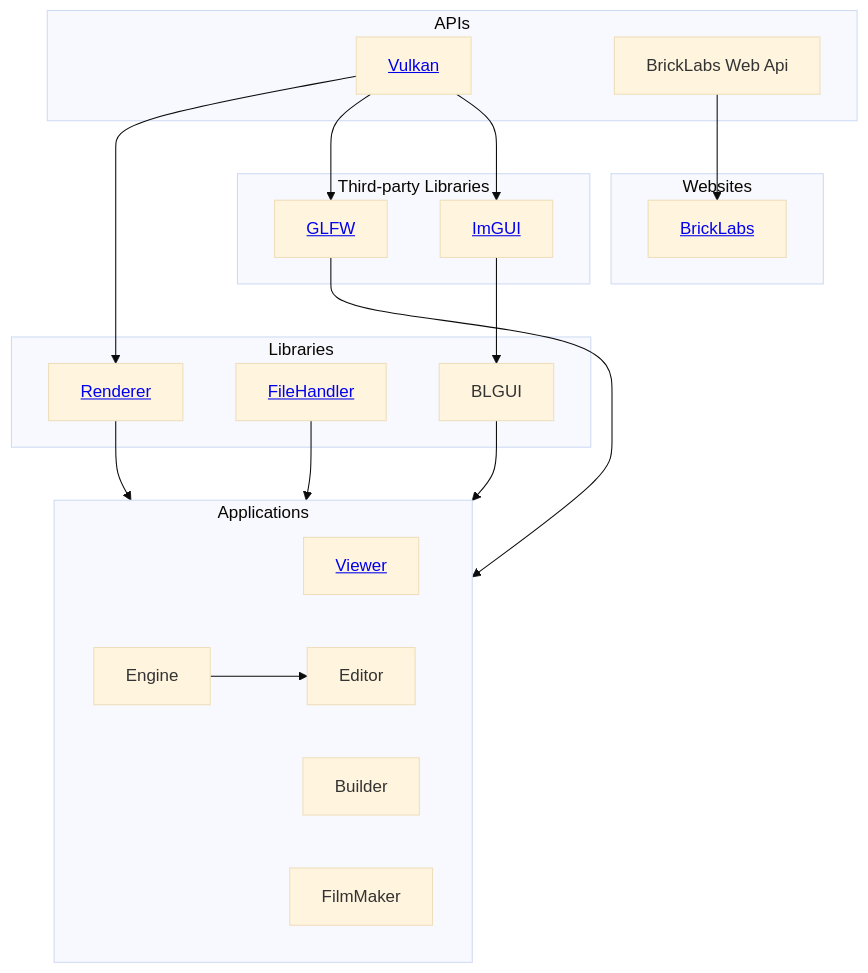
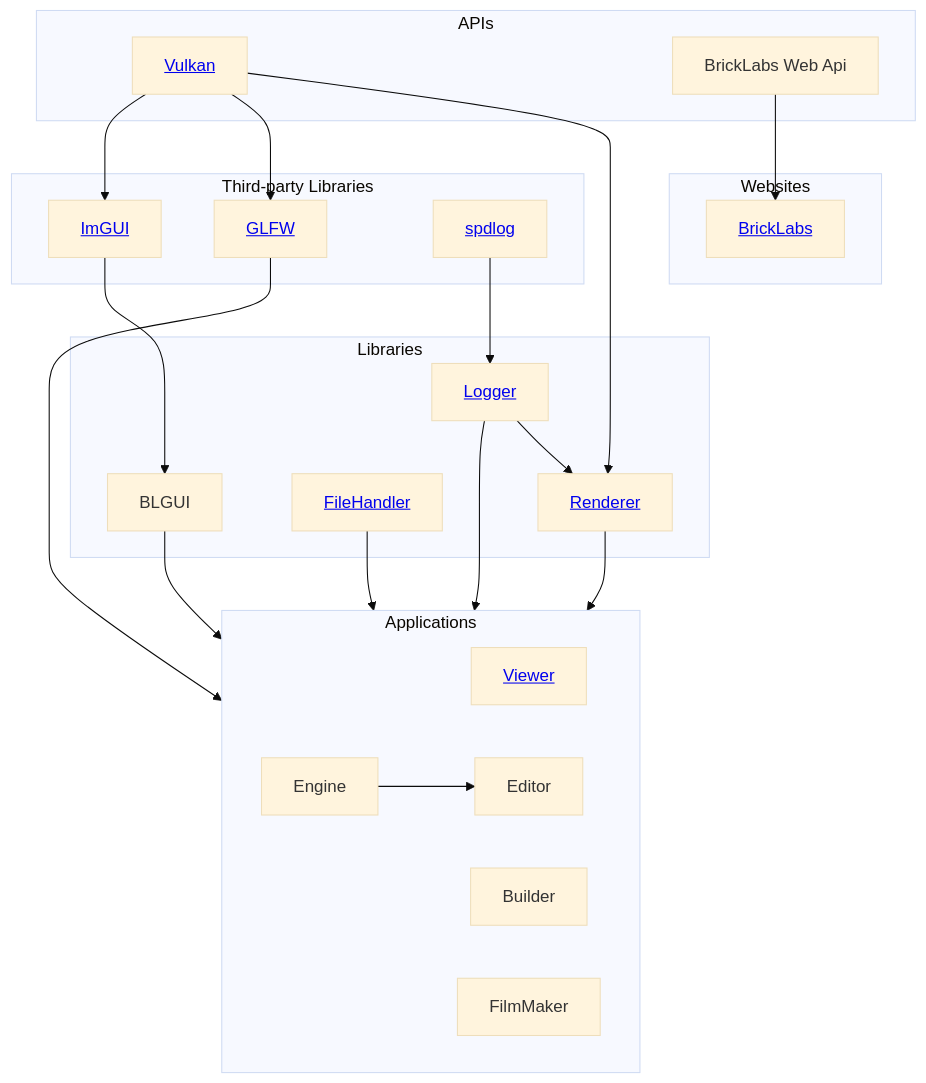
Before and after one commit to Brick-Labs/.github: the diagram in profile/README.md, drawn with Mermaid (base theme).

Commit message:
Add Logger to graph

````diff
--- a/profile/README.md
+++ b/profile/README.md
@@ -4,51 +4,56 @@
 ```mermaid
 graph TD
     
     subgraph APIs
         Vulkan[<a href="https://vulkan.org">Vulkan</a>]
         BLAPI[<span>BrickLabs Web Api</span>]
     end
 
     subgraph Third-party Libraries
         GLFW[<a href="https://www.glfw.org">GLFW</a>]
         ImGUI[<a href="https://github.com/ocornut/imgui">ImGUI</a>]
+        spdlog[<a href="https://github.com/gabime/spdlog">spdlog</a>]
     end
 
     subgraph Libraries
         Renderer[<a href="https://github.com/Brick-Labs/Renderer">Renderer</a>]
         FileHandler[<a href="https://github.com/Brick-Labs/FileHandler">FileHandler</a>]
+        Logger[<a href="https://github.com/Brick-Labs/Logger">Logger</a>]
         BLGUI
     end
 
     subgraph Applications
         Viewer[<a href="https://github.com/Brick-Labs/Viewer">Viewer</a>]
         Builder
         Engine
         Editor
         FilmMaker
     end
 
     subgraph Websites
         BrickLabsWeb[<a href="https://github.com/Brick-Labs/Website">BrickLabs</a>]
     end
 
     %% APIs to Libraries
     Vulkan --> Renderer
     Vulkan --> GLFW
     Vulkan --> ImGUI
 
     %% APIs to Websites
     BLAPI --> BrickLabsWeb
 
     %% Libraries to Libraries
     ImGUI --> BLGUI
+    spdlog --> Logger
+    Logger --> Renderer
 
     %% Librararies to Applications
     Renderer --> Applications
     GLFW --> Applications
     BLGUI --> Applications 
     FileHandler --> Applications
+    Logger --> Applications 
 
     %% Applications to Applications
     Engine --> Editor
 ```
````
